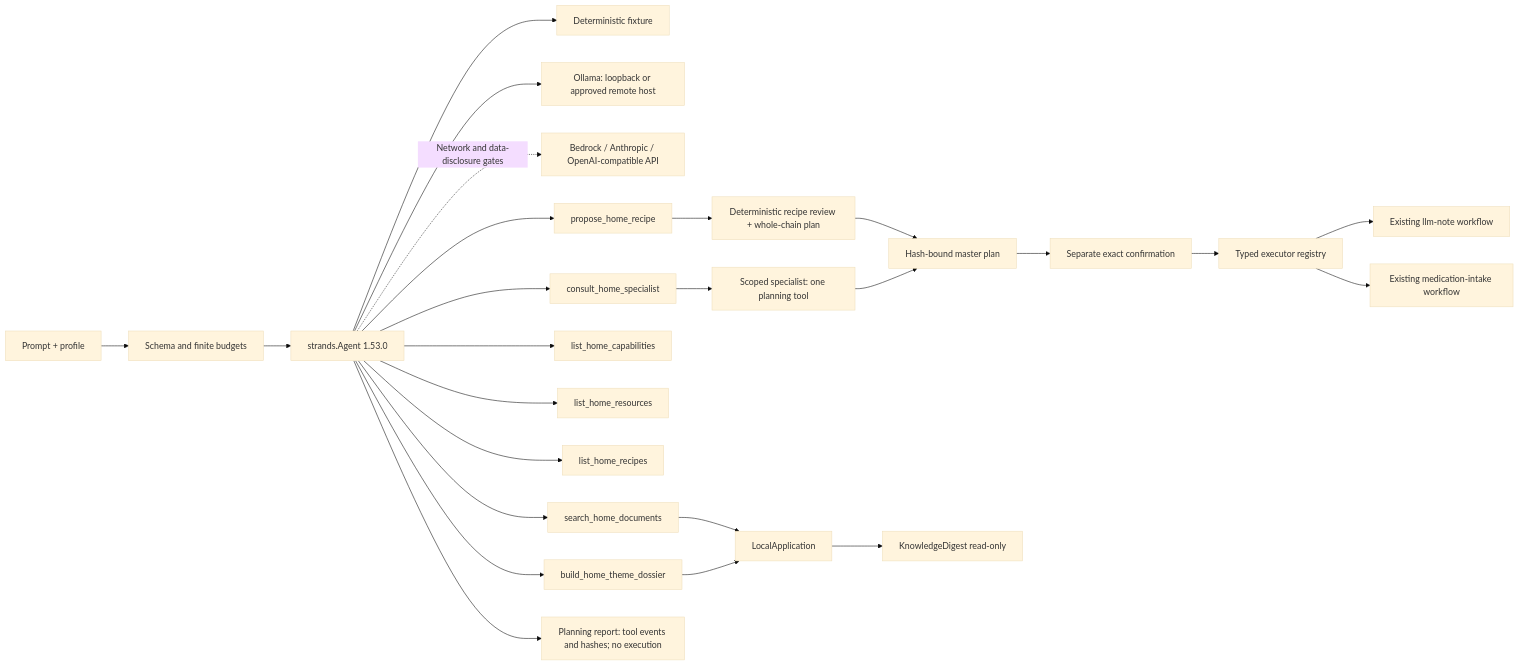
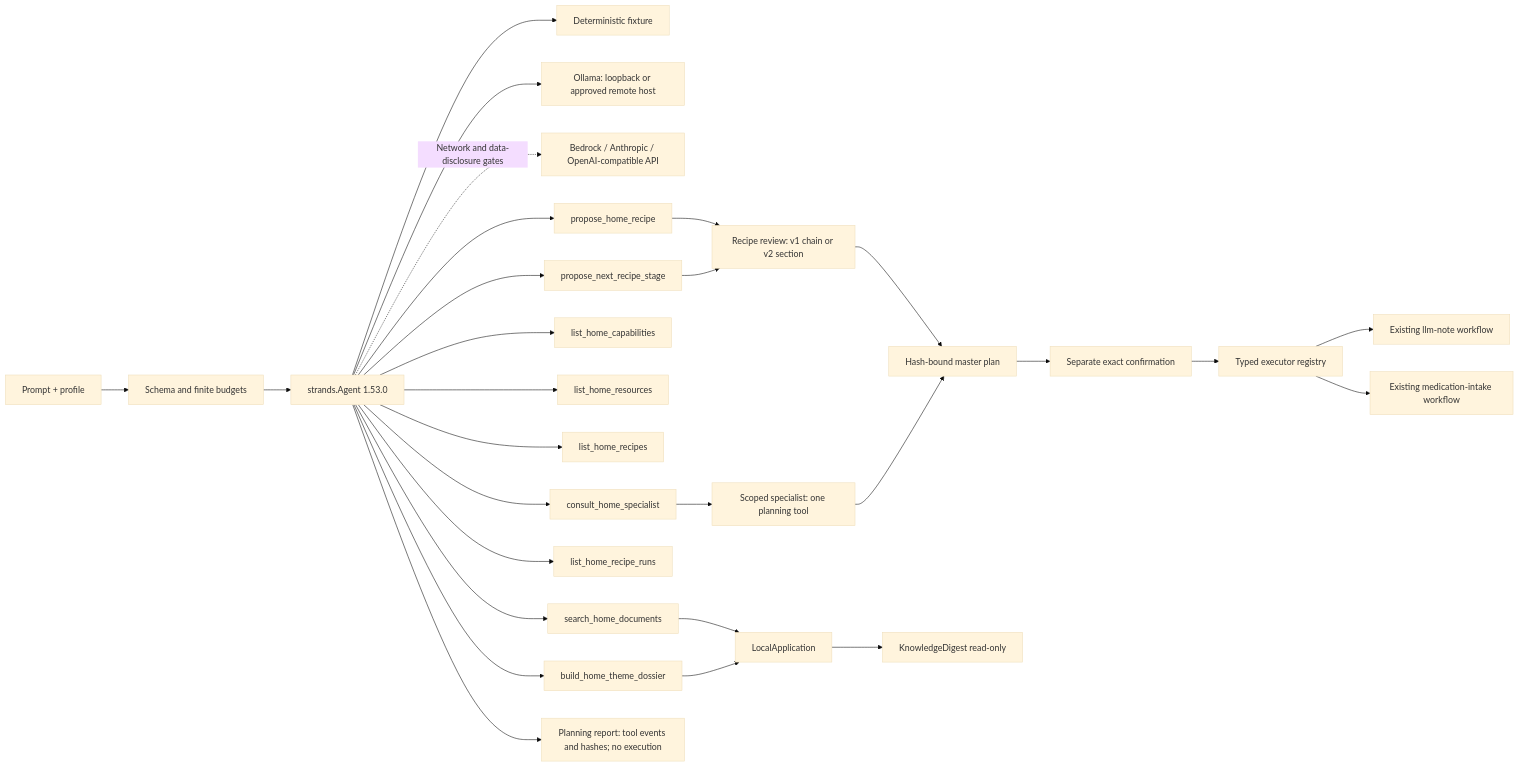
Before and after one commit to ellmos-ai/FolderHome: the first of 2 diagrams in ARCHITECTURE.de.md, drawn with Mermaid (base theme). The commit also changed other lines of this file and 8 other files, not shown here.

Commit message:
docs: align product architecture with staged recipes and gated connectors

````diff
--- a/ARCHITECTURE.de.md
+++ b/ARCHITECTURE.de.md
@@ -114,27 +114,30 @@
 ```mermaid
 flowchart LR
   U[Prompt + profile] --> V[Schema and finite budgets]
   V --> A[strands.Agent 1.53.0]
   A --> Fixture[Deterministic fixture]
   A --> Ollama[Ollama: loopback or approved remote host]
   A -. Network and data-disclosure gates .-> Hosted[Bedrock / Anthropic / OpenAI-compatible API]
   A --> T1[search_home_documents]
   A --> T2[build_home_theme_dossier]
   A --> T3[list_home_capabilities]
   A --> T5[list_home_resources]
   A --> T6[list_home_recipes]
   A --> T7[propose_home_recipe]
-  T7 --> RP[Deterministic recipe review + whole-chain plan]
+  A --> T8[list_home_recipe_runs]
+  A --> T9[propose_next_recipe_stage]
+  T7 --> RP[Recipe review: v1 chain or v2 section]
+  T9 --> RP
   RP --> P
   A --> T4[consult_home_specialist]
   T4 --> S[Scoped specialist: one planning tool]
   S --> P[Hash-bound master plan]
   P --> C[Separate exact confirmation]
   C --> E[Typed executor registry]
   E --> N[Existing llm-note workflow]
   E --> Medication[Existing medication-intake workflow]
   T1 --> L[LocalApplication]
   T2 --> L
   L --> K[KnowledgeDigest read-only]
   A --> R[Planning report: tool events and hashes; no execution]
 ```
````
